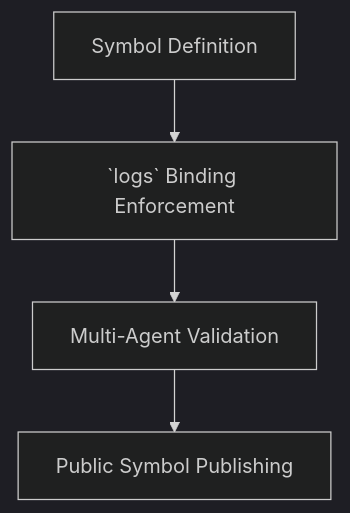
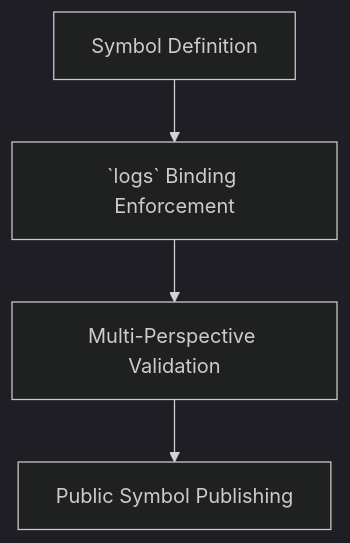
Before and after one commit to secondmindlab/secondmindlab: the diagram in logs/2025-05-ovl-integration.md, drawn with Mermaid (dark theme). The commit also changed other lines of this file and 2 other files, not shown here.

````diff
--- a/logs/2025-05-ovl-integration.md
+++ b/logs/2025-05-ovl-integration.md
@@ -38,9 +38,9 @@
 ```mermaid
 flowchart TD
     A[Symbol Definition]
     B[`logs` Binding Enforcement]
-    C[Multi-Agent Validation]
+    C[Multi-Perspective Validation]
     D[Public Symbol Publishing]
 
     A --> B --> C --> D
 ```
````
